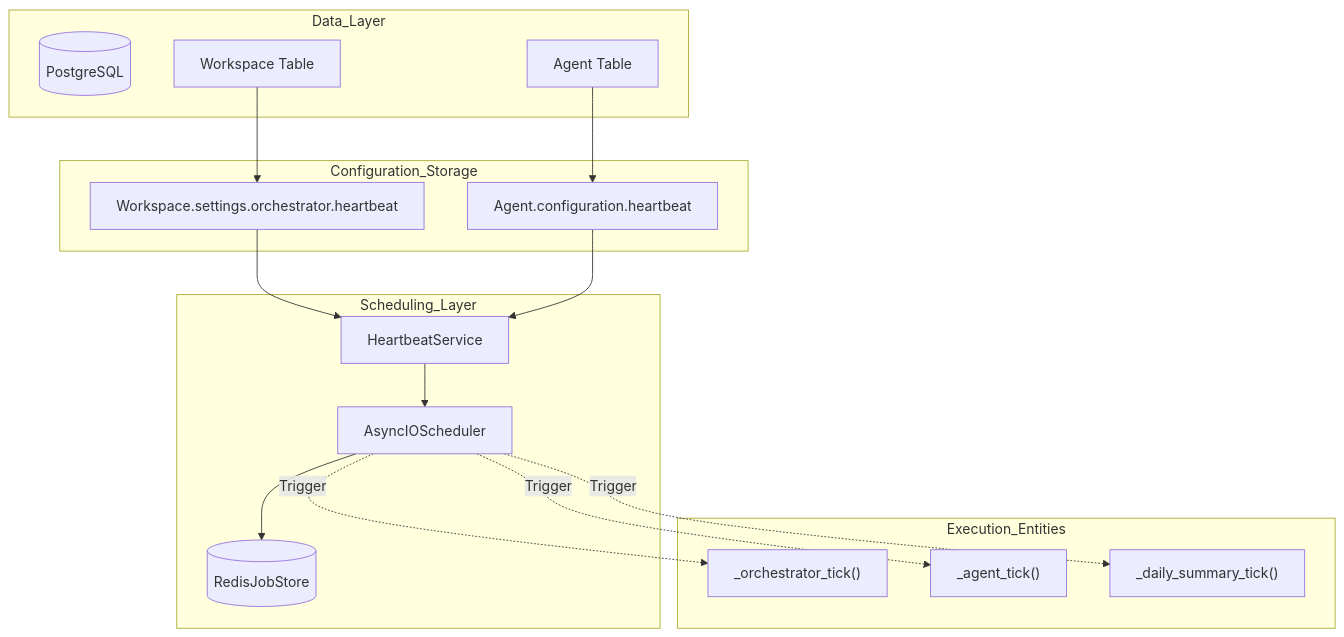
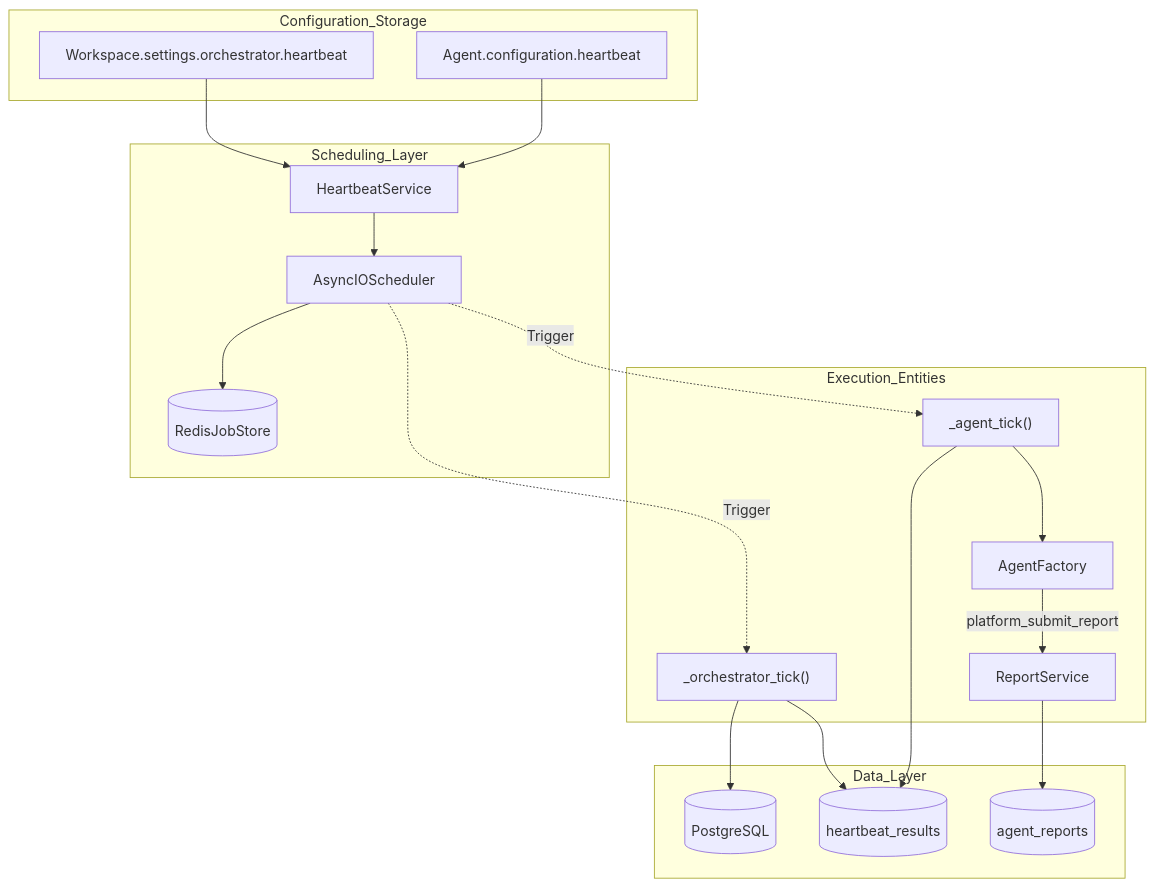
One commit to AutomatosAI/automatos-ai changed the first of 2 diagrams in docs/heartbeat-proactive-assistant/heartbeat-architecture.md. Above: the diagram before and after it, drawn with Mermaid. The commit also changed other lines of this file and 153 other files, not shown here.

````diff
--- a/docs/heartbeat-proactive-assistant/heartbeat-architecture.md
+++ b/docs/heartbeat-proactive-assistant/heartbeat-architecture.md
@@ -49,36 +38,43 @@
 ```mermaid
 graph TB
     subgraph "Scheduling_Layer"
         HBS["HeartbeatService"]
         APS["AsyncIOScheduler"]
         RedisStore[("RedisJobStore")]
     end
     
     subgraph "Configuration_Storage"
         WSSettings["Workspace.settings.orchestrator.heartbeat"]
         AgentConfig["Agent.configuration.heartbeat"]
     end
     
     subgraph "Execution_Entities"
         OrchTick["_orchestrator_tick()"]
         AgentTick["_agent_tick()"]
-        DailySum["_daily_summary_tick()"]
+        AF["AgentFactory"]
+        RS["ReportService"]
     end
     
     subgraph "Data_Layer"
         DB[("PostgreSQL")]
-        AgentTbl["Agent Table"]
-        WSTbl["Workspace Table"]
+        HBResults[("heartbeat_results")]
+        AgentReports[("agent_reports")]
     end
     
-    WSTbl --> WSSettings
-    AgentTbl --> AgentConfig
     WSSettings --> HBS
     AgentConfig --> HBS
     HBS --> APS
     APS --> RedisStore
     
     APS -.->|"Trigger"| OrchTick
     APS -.->|"Trigger"| AgentTick
-    APS -.->|"Trigger"| DailySum
+    
+    OrchTick --> DB
+    AgentTick --> AF
+    
+    OrchTick --> HBResults
+    AgentTick --> HBResults
+    
+    AF -->|"platform_submit_report"| RS
+    RS --> AgentReports
 ```
````
